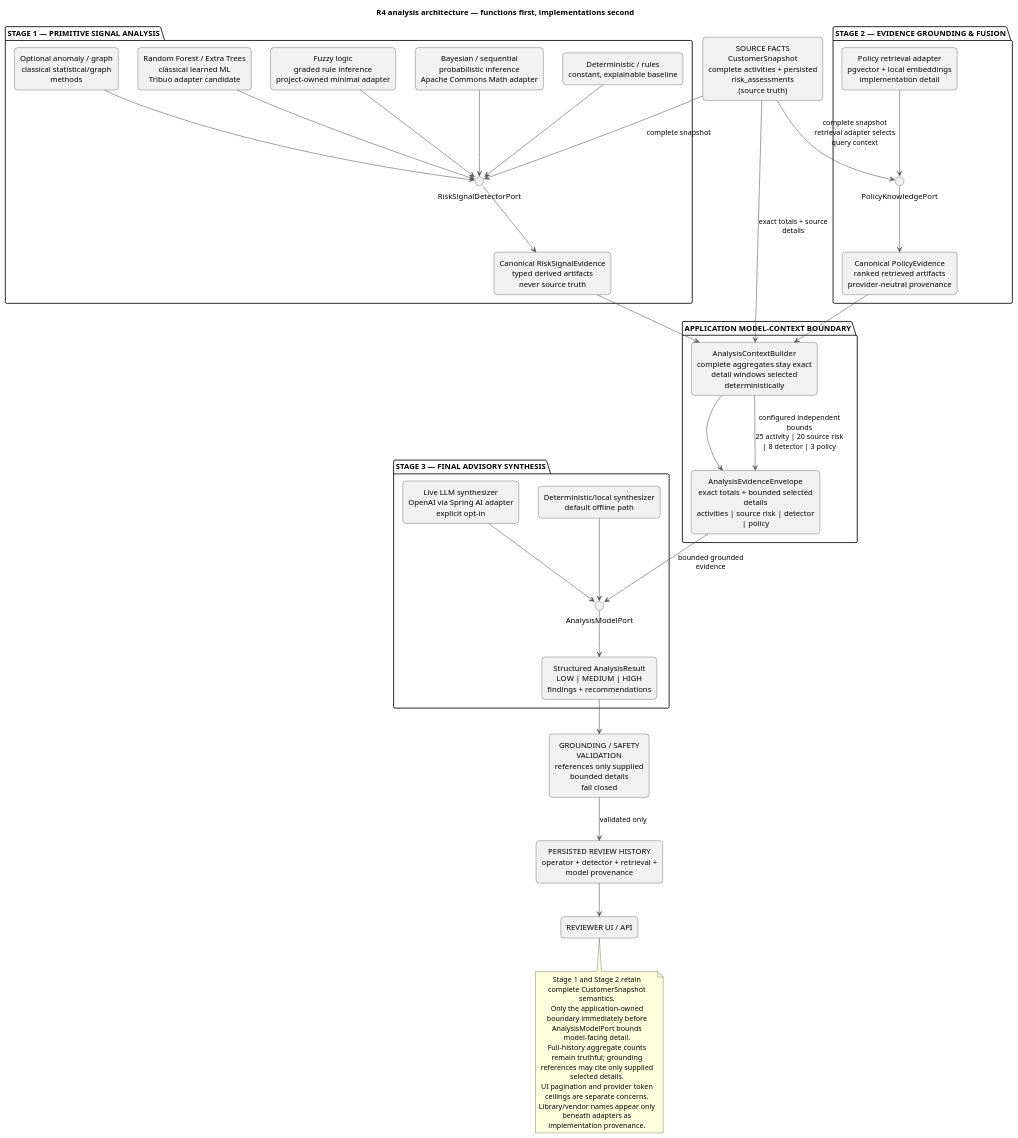
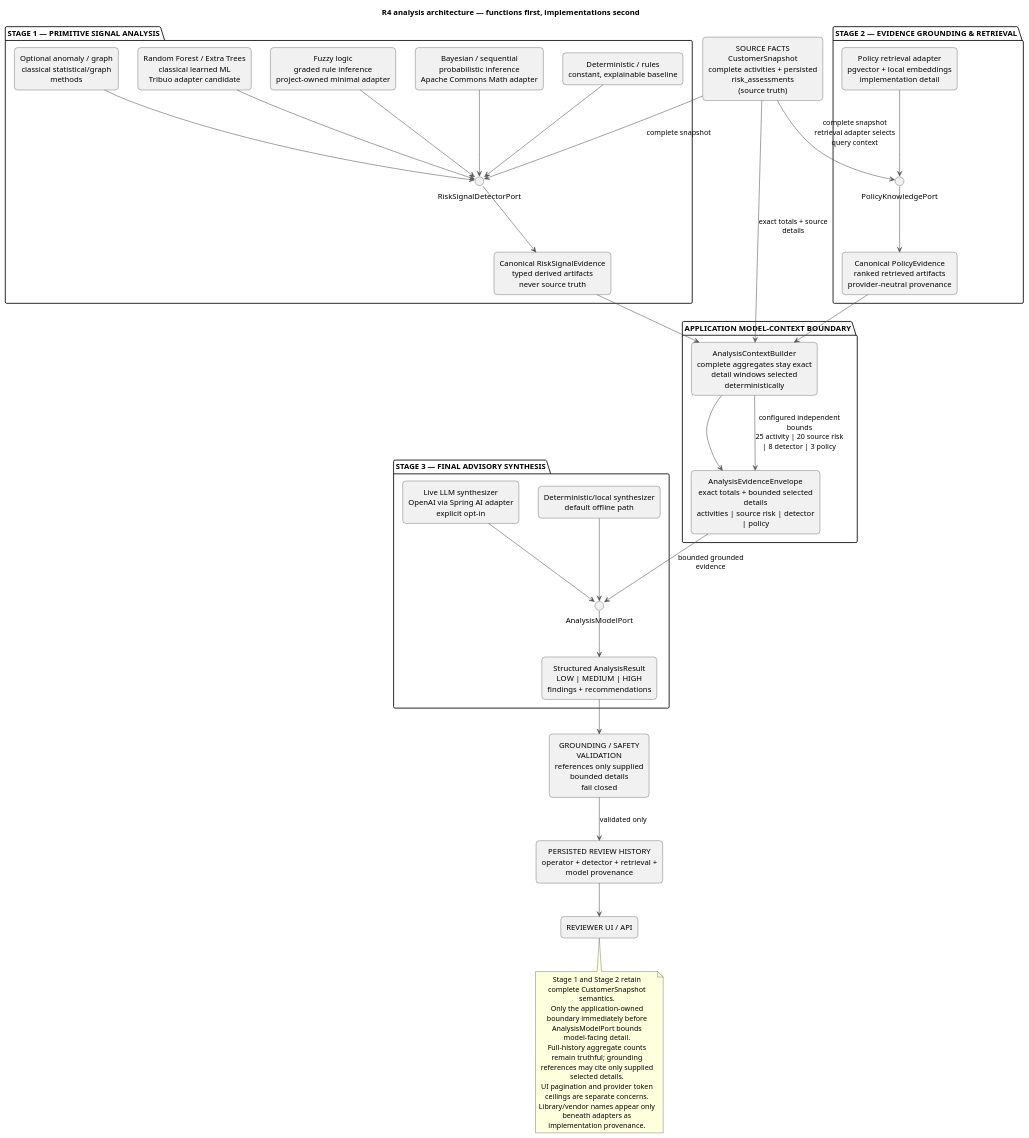
The diagram in docs/assignment/SDD/diagrams/analysis-functional-stages.puml (jdoe-dev-159753/specgraph-reference-app), drawn with PlantUML before and after one commit. The commit also changed 9 other files, not shown here.

```diff
--- a/docs/assignment/SDD/diagrams/analysis-functional-stages.puml
+++ b/docs/assignment/SDD/diagrams/analysis-functional-stages.puml
@@ -1,82 +1,82 @@
 @startuml
 skinparam shadowing false
 skinparam componentStyle rectangle
 skinparam defaultTextAlignment center
 skinparam wrapWidth 220
 skinparam maxMessageSize 160
 skinparam ArrowColor #555555
 skinparam rectangle {
   RoundCorner 12
 }
 
 title R4 analysis architecture — functions first, implementations second
 
 rectangle "SOURCE FACTS\nCustomerSnapshot\ncomplete activities + persisted risk_assessments\n(source truth)" as source
 
 package "STAGE 1 — PRIMITIVE SIGNAL ANALYSIS" as stage1 {
   interface "RiskSignalDetectorPort" as detectorPort
   rectangle "Deterministic / rules\nconstant, explainable baseline" as rules
   rectangle "Bayesian / sequential\nprobabilistic inference\nApache Commons Math adapter" as bayes
   rectangle "Fuzzy logic\ngraded rule inference\nproject-owned minimal adapter" as fuzzy
   rectangle "Random Forest / Extra Trees\nclassical learned ML\nTribuo adapter candidate" as forest
   rectangle "Optional anomaly / graph\nclassical statistical/graph methods" as anomaly
   rectangle "Canonical RiskSignalEvidence\ntyped derived artifacts\nnever source truth" as signals
 
   rules --> detectorPort
   bayes --> detectorPort
   fuzzy --> detectorPort
   forest --> detectorPort
   anomaly --> detectorPort
   detectorPort --> signals
 }
 
-package "STAGE 2 — EVIDENCE GROUNDING & FUSION" as stage2 {
+package "STAGE 2 — EVIDENCE GROUNDING & RETRIEVAL" as stage2 {
   interface "PolicyKnowledgePort" as policyPort
   rectangle "Policy retrieval adapter\npgvector + local embeddings\nimplementation detail" as retrieval
   rectangle "Canonical PolicyEvidence\nranked retrieved artifacts\nprovider-neutral provenance" as policies
 
   retrieval --> policyPort
   policyPort --> policies
 }
 
 package "APPLICATION MODEL-CONTEXT BOUNDARY" as contextBoundary {
   rectangle "AnalysisContextBuilder\ncomplete aggregates stay exact\ndetail windows selected deterministically" as contextBuilder
   rectangle "AnalysisEvidenceEnvelope\nexact totals + bounded selected details\nactivities | source risk | detector | policy" as envelope
 
   contextBuilder --> envelope
 }
 
 package "STAGE 3 — FINAL ADVISORY SYNTHESIS" as stage3 {
   interface "AnalysisModelPort" as modelPort
   rectangle "Deterministic/local synthesizer\ndefault offline path" as deterministicModel
   rectangle "Live LLM synthesizer\nOpenAI via Spring AI adapter\nexplicit opt-in" as openai
   rectangle "Structured AnalysisResult\nLOW | MEDIUM | HIGH\nfindings + recommendations" as result
 
   deterministicModel --> modelPort
   openai --> modelPort
   modelPort --> result
 }
 
 rectangle "GROUNDING / SAFETY VALIDATION\nreferences only supplied bounded details\nfail closed" as validator
 rectangle "PERSISTED REVIEW HISTORY\noperator + detector + retrieval + model provenance" as history
 rectangle "REVIEWER UI / API" as reviewer
 
 source --> detectorPort : complete snapshot
 source --> policyPort : complete snapshot\nretrieval adapter selects query context
 source --> contextBuilder : exact totals + source details
 signals --> contextBuilder
 policies --> contextBuilder
 contextBuilder --> envelope : configured independent bounds\n25 activity | 20 source risk | 8 detector | 3 policy
 envelope --> modelPort : bounded grounded evidence
 result --> validator
 validator --> history : validated only
 history --> reviewer
 
 note bottom
 Stage 1 and Stage 2 retain complete CustomerSnapshot semantics.
 Only the application-owned boundary immediately before AnalysisModelPort bounds model-facing detail.
 Full-history aggregate counts remain truthful; grounding references may cite only supplied selected details.
 UI pagination and provider token ceilings are separate concerns.
 Library/vendor names appear only beneath adapters as implementation provenance.
 end note
 @enduml
```
